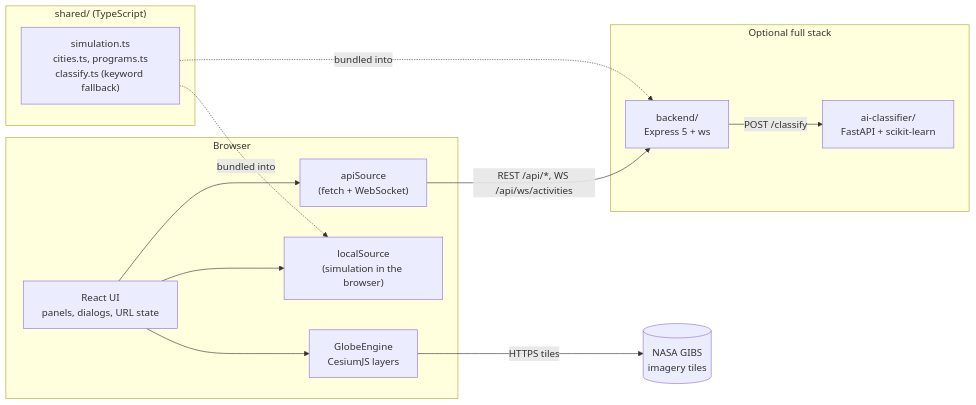
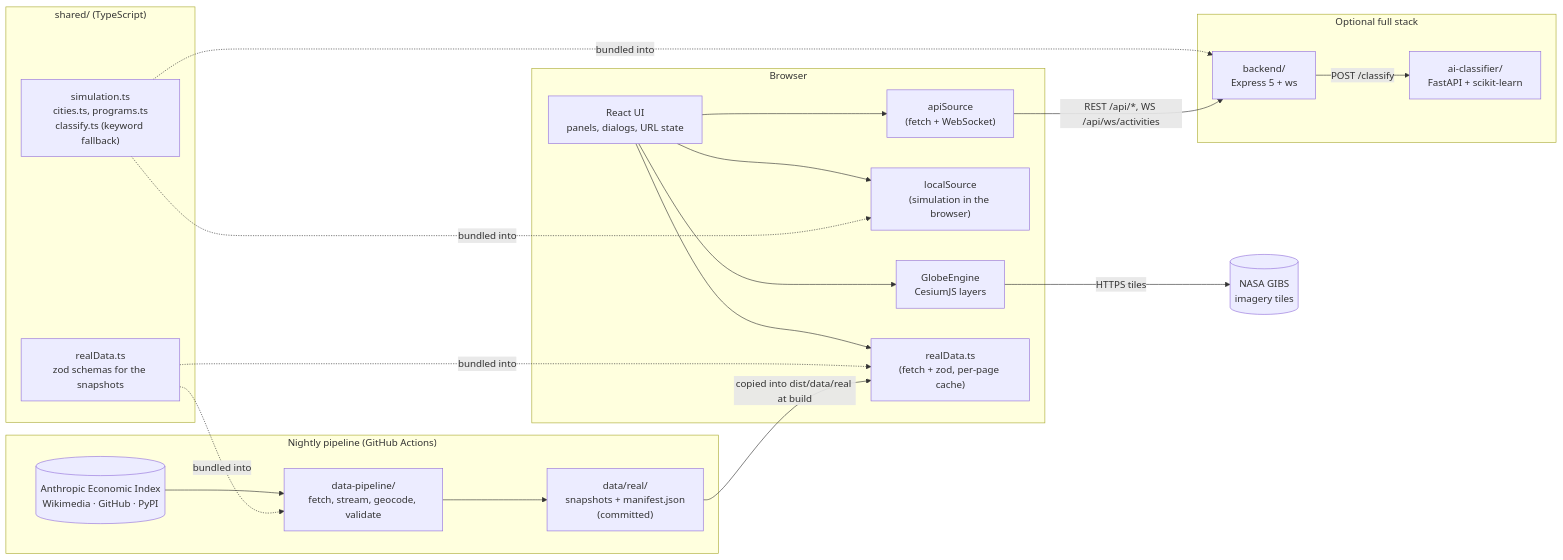
The diagram in docs/ARCHITECTURE.md (bisratasfaw/perai-view), drawn with Mermaid before and after one commit. The commit also changed other lines of this file and 96 other files, not shown here.

First line of the commit message:
feat: real data layers from five free public sources

````diff
--- a/docs/ARCHITECTURE.md
+++ b/docs/ARCHITECTURE.md
@@ -15,29 +20,42 @@
 ```mermaid
 flowchart LR
   subgraph shared["shared/ (TypeScript)"]
     SIM["simulation.ts<br/>cities.ts, programs.ts<br/>classify.ts (keyword fallback)"]
+    SCHEMAS["realData.ts<br/>zod schemas for the snapshots"]
+  end
+
+  subgraph pipeline["Nightly pipeline (GitHub Actions)"]
+    SOURCES[("Anthropic Economic Index<br/>Wikimedia · GitHub · PyPI")]
+    PIPE["data-pipeline/<br/>fetch, stream, geocode, validate"]
+    REAL["data/real/<br/>snapshots + manifest.json<br/>(committed)"]
+    SOURCES --> PIPE --> REAL
   end
 
   subgraph browser["Browser"]
     UI["React UI<br/>panels, dialogs, URL state"]
     ENGINE["GlobeEngine<br/>CesiumJS layers"]
     LOCAL["localSource<br/>(simulation in the browser)"]
     APISRC["apiSource<br/>(fetch + WebSocket)"]
+    REALSRC["realData.ts<br/>(fetch + zod, per-page cache)"]
     UI --> ENGINE
     UI --> LOCAL
     UI --> APISRC
+    UI --> REALSRC
   end
 
   subgraph server["Optional full stack"]
     API["backend/<br/>Express 5 + ws"]
     ML["ai-classifier/<br/>FastAPI + scikit-learn"]
     API -- "POST /classify" --> ML
   end
 
   GIBS[("NASA GIBS<br/>imagery tiles")]
 
   SIM -. bundled into .-> LOCAL
   SIM -. bundled into .-> API
+  SCHEMAS -. bundled into .-> PIPE
+  SCHEMAS -. bundled into .-> REALSRC
+  REAL -- "copied into dist/data/real at build" --> REALSRC
   APISRC -- "REST /api/*, WS /api/ws/activities" --> API
   ENGINE -- "HTTPS tiles" --> GIBS
 ```
````
